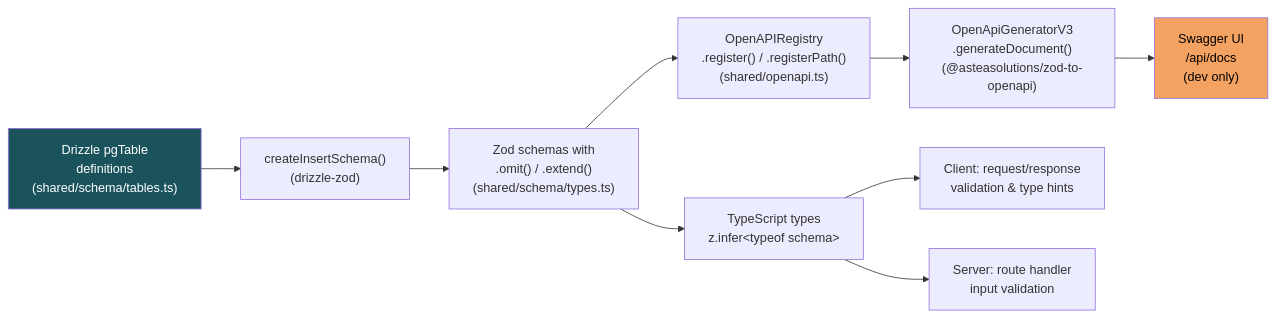
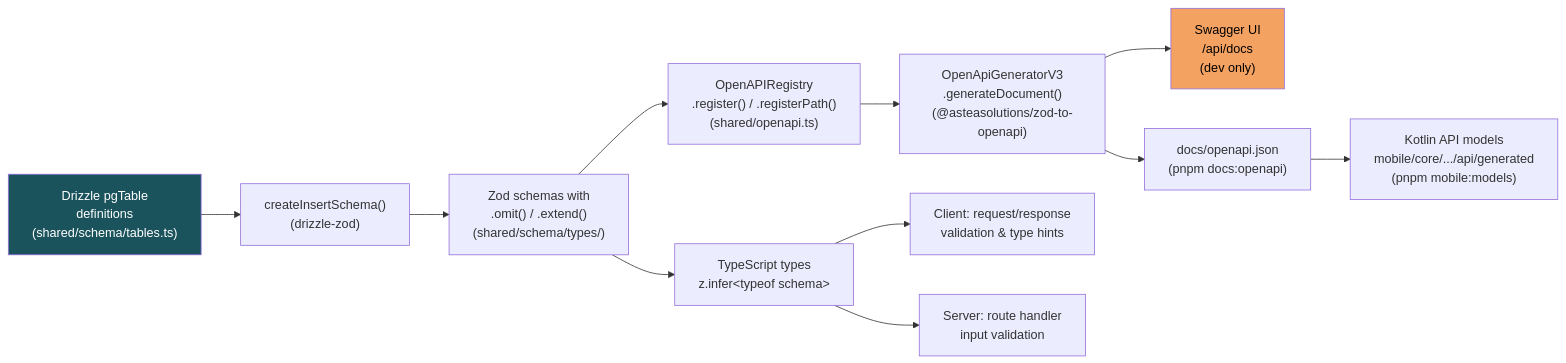
The sixth of 8 diagrams in docs/architecture.md (daler91/Hyrox-Companion), drawn with Mermaid before and after one commit. The commit also changed other lines of this file and 2 other files, not shown here.

````diff
--- a/docs/architecture.md
+++ b/docs/architecture.md
@@ -293,20 +303,22 @@
 ```mermaid
 flowchart LR
     DRIZZLE["Drizzle pgTable\ndefinitions\n(shared/schema/tables.ts)"] --> DRIZZLE_ZOD["createInsertSchema()\n(drizzle-zod)"]
 
-    DRIZZLE_ZOD --> ZOD_REFINE["Zod schemas with\n.omit() / .extend()\n(shared/schema/types.ts)"]
+    DRIZZLE_ZOD --> ZOD_REFINE["Zod schemas with\n.omit() / .extend()\n(shared/schema/types/)"]
 
     ZOD_REFINE --> OPENAPI_REG["OpenAPIRegistry\n.register() / .registerPath()\n(shared/openapi.ts)"]
 
     OPENAPI_REG --> GENERATOR["OpenApiGeneratorV3\n.generateDocument()\n(@asteasolutions/zod-to-openapi)"]
 
     GENERATOR --> SWAGGER["Swagger UI\n/api/docs\n(dev only)"]
+    GENERATOR --> SNAPSHOT["docs/openapi.json\n(pnpm docs:openapi)"]
+    SNAPSHOT --> KOTLIN["Kotlin API models\nmobile/core/.../api/generated\n(pnpm mobile:models)"]
 
     ZOD_REFINE --> TS_TYPES["TypeScript types\nz.infer&lt;typeof schema&gt;"]
 
     TS_TYPES --> CLIENT_USE["Client: request/response\nvalidation & type hints"]
     TS_TYPES --> SERVER_USE["Server: route handler\ninput validation"]
 
     style DRIZZLE fill:#1a535c,color:#fff
     style SWAGGER fill:#f4a261,color:#000
 ```
````
